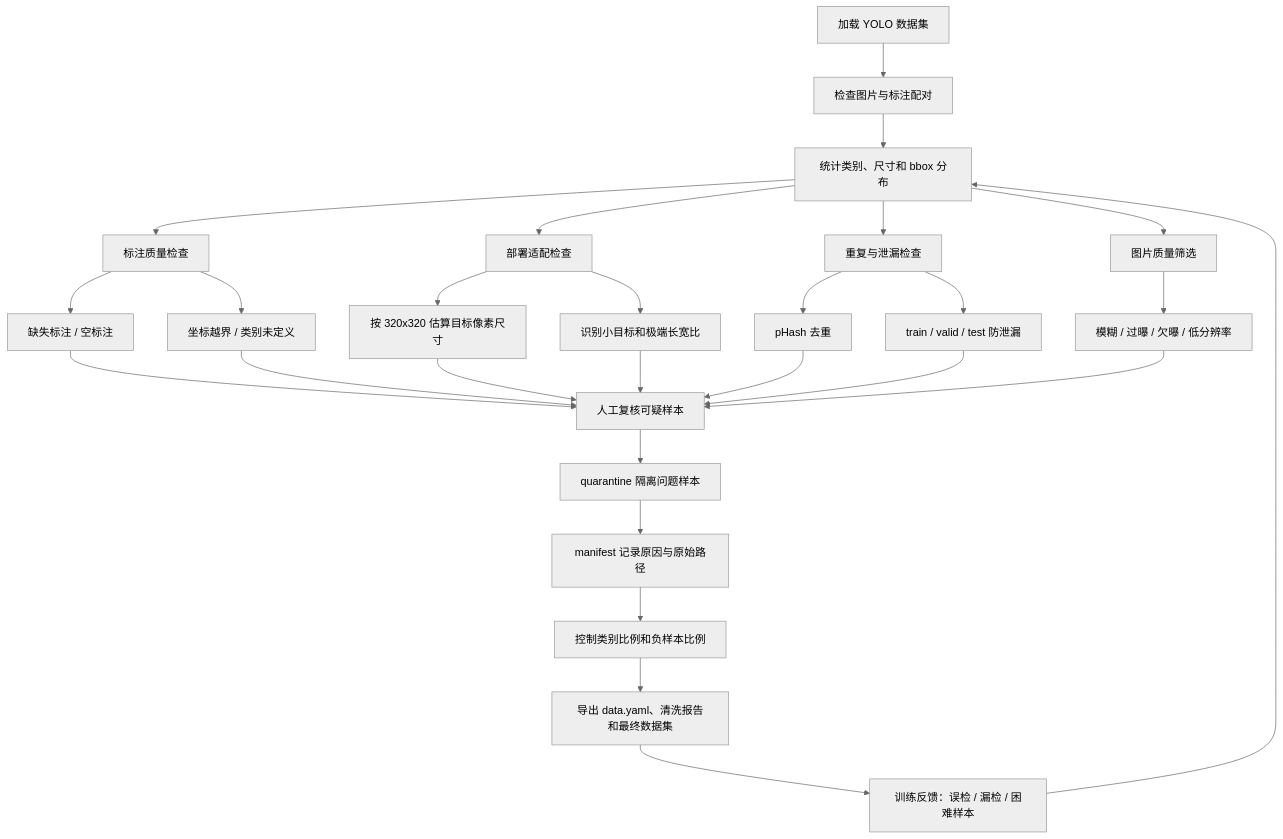
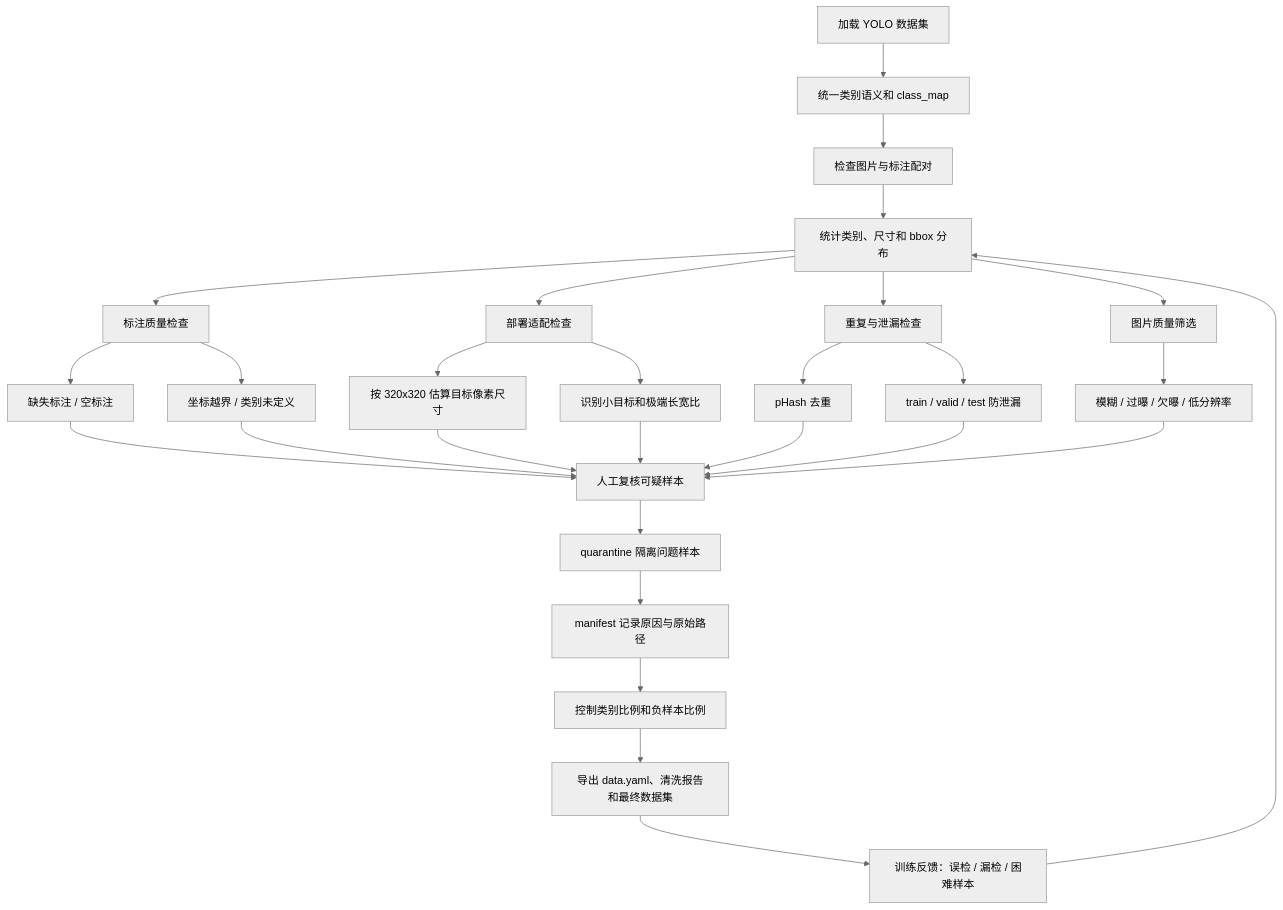
One commit to codemakeryyds/codemakeryyds.github.io changed the diagram in content/post/yolo-dataset-optimization-cleaning-tool/index.zh.md. Above: the diagram before and after it, drawn with Mermaid (neutral theme). The commit also changed other lines of this file and 2 other files, not shown here.

Commit message:
Add embedded firmware architecture note

````diff
--- a/content/post/yolo-dataset-optimization-cleaning-tool/index.zh.md
+++ b/content/post/yolo-dataset-optimization-cleaning-tool/index.zh.md
@@ -148,29 +222,30 @@
 ```mermaid
 flowchart TD
-    A["加载 YOLO 数据集"] --> B["检查图片与标注配对"]
-    B --> C["统计类别、尺寸和 bbox 分布"]
-    C --> D["标注质量检查"]
-    D --> D1["缺失标注 / 空标注"]
-    D --> D2["坐标越界 / 类别未定义"]
-    C --> E["部署适配检查"]
-    E --> E1["按 320x320 估算目标像素尺寸"]
-    E --> E2["识别小目标和极端长宽比"]
-    C --> F["重复与泄漏检查"]
-    F --> F1["pHash 去重"]
-    F --> F2["train / valid / test 防泄漏"]
-    C --> G["图片质量筛选"]
-    G --> G1["模糊 / 过曝 / 欠曝 / 低分辨率"]
-    D1 --> H["人工复核可疑样本"]
-    D2 --> H
-    E1 --> H
-    E2 --> H
-    F1 --> H
-    F2 --> H
-    G1 --> H
-    H --> I["quarantine 隔离问题样本"]
-    I --> J["manifest 记录原因与原始路径"]
-    J --> K["控制类别比例和负样本比例"]
-    K --> L["导出 data.yaml、清洗报告和最终数据集"]
-    L --> M["训练反馈：误检 / 漏检 / 困难样本"]
-    M --> C
+    A["加载 YOLO 数据集"] --> B["统一类别语义和 class_map"]
+    B --> C["检查图片与标注配对"]
+    C --> D["统计类别、尺寸和 bbox 分布"]
+    D --> E["标注质量检查"]
+    E --> E1["缺失标注 / 空标注"]
+    E --> E2["坐标越界 / 类别未定义"]
+    D --> F["部署适配检查"]
+    F --> F1["按 320x320 估算目标像素尺寸"]
+    F --> F2["识别小目标和极端长宽比"]
+    D --> G["重复与泄漏检查"]
+    G --> G1["pHash 去重"]
+    G --> G2["train / valid / test 防泄漏"]
+    D --> H["图片质量筛选"]
+    H --> H1["模糊 / 过曝 / 欠曝 / 低分辨率"]
+    E1 --> I["人工复核可疑样本"]
+    E2 --> I
+    F1 --> I
+    F2 --> I
+    G1 --> I
+    G2 --> I
+    H1 --> I
+    I --> J["quarantine 隔离问题样本"]
+    J --> K["manifest 记录原因与原始路径"]
+    K --> L["控制类别比例和负样本比例"]
+    L --> M["导出 data.yaml、清洗报告和最终数据集"]
+    M --> N["训练反馈：误检 / 漏检 / 困难样本"]
+    N --> D
 ```
````
